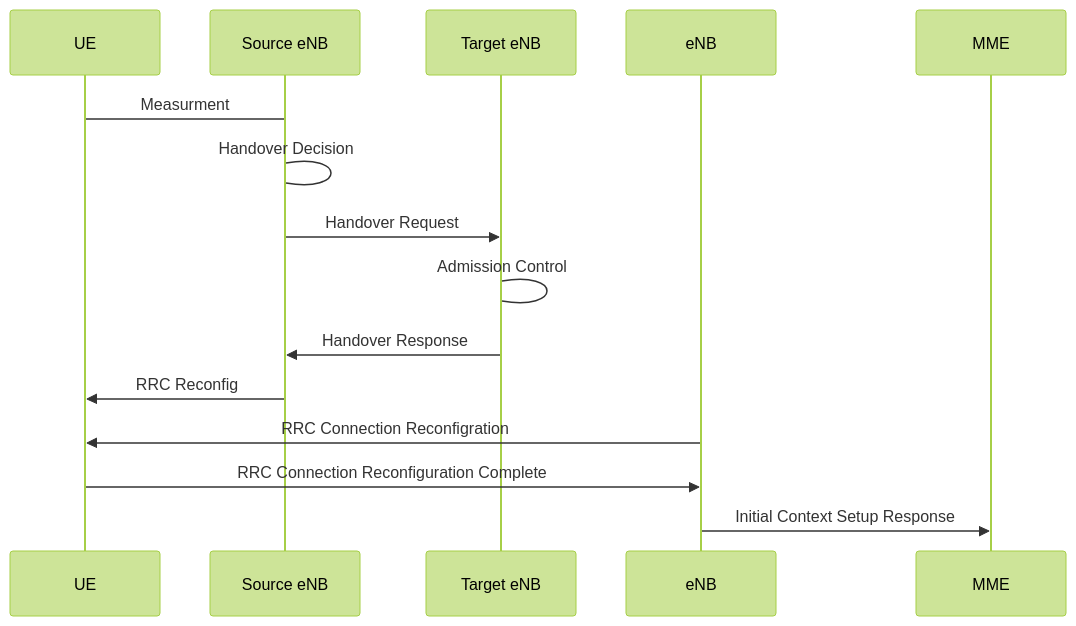
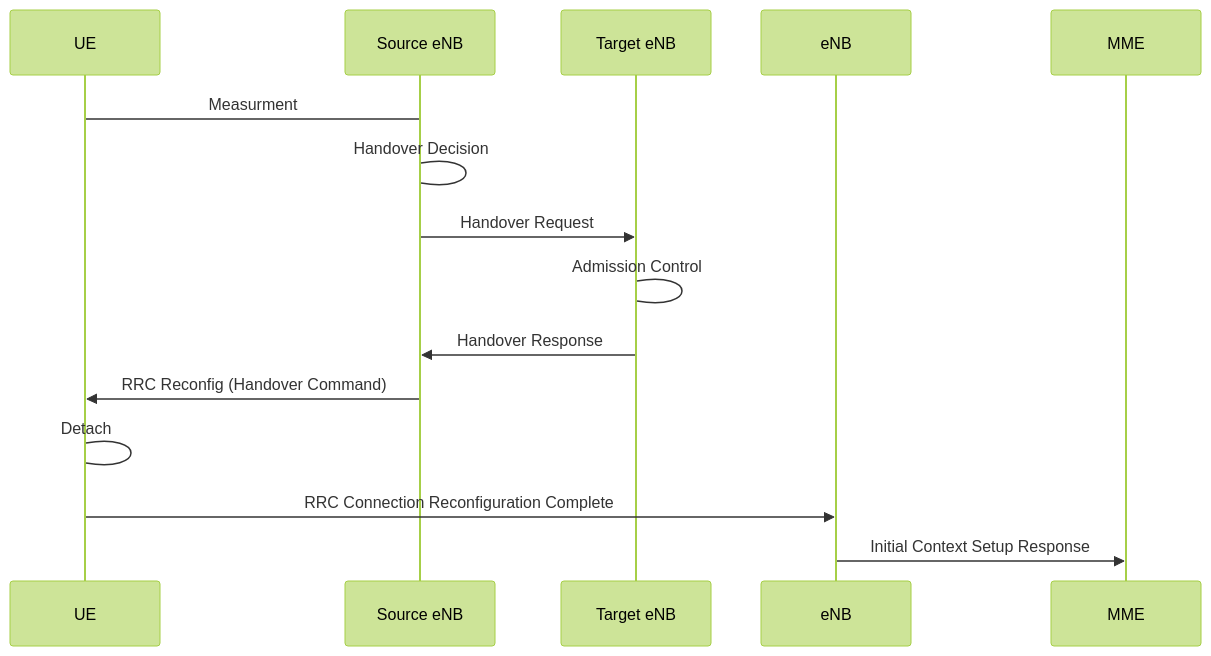
Before and after one commit to ThomasRochette/NoteCours: the fourth of 4 diagrams in ARM.md, drawn with Mermaid (forest theme). The commit also changed other lines of this file, not shown here.

Commit message:
Uploaded by https://stackedit.io/

````diff
--- a/ARM.md
+++ b/ARM.md
@@ -133,12 +133,12 @@
 ```mermaid
 sequenceDiagram
 UE -> Source eNB: Measurment
 Source eNB -> Source eNB: Handover Decision
 Source eNB ->> Target eNB: Handover Request
 Target eNB -> Target eNB: Admission Control
 Target eNB ->> Source eNB: Handover Response
-Source eNB ->> UE: RRC Reconfig
-eNB ->> UE: RRC Connection Reconfigration 
+Source eNB ->> UE: RRC Reconfig (Handover Command)
+UE -> UE: Detach 
 UE ->> eNB: RRC Connection Reconfiguration Complete
 eNB ->> MME: Initial Context Setup Response
 ```
````
